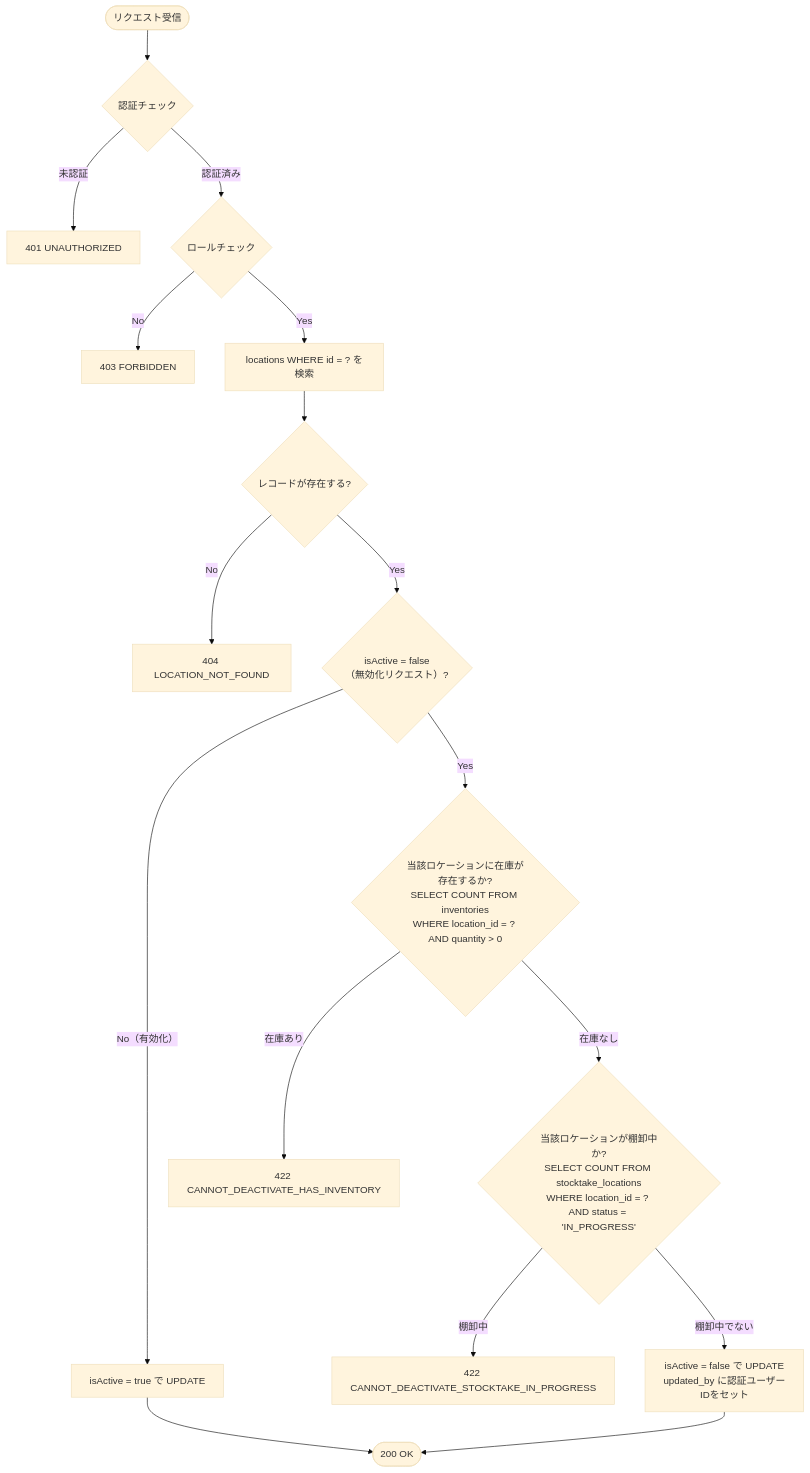
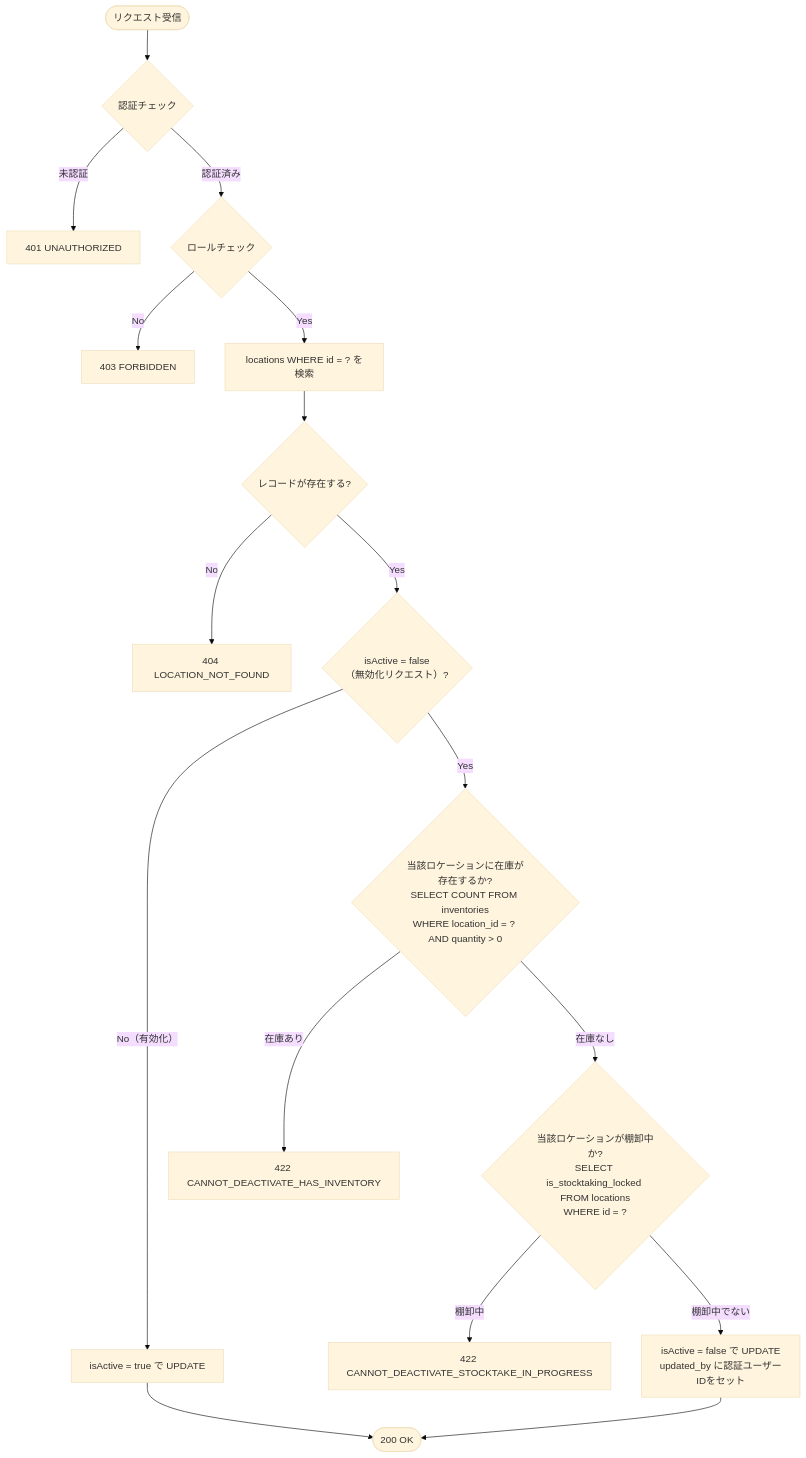
Before and after one commit to hidefumiagata/wms: diagram 21 of 21 in docs/functional-design/API-02-master-facility.md, drawn with Mermaid (base theme). The commit also changed other lines of this file, not shown here.

First line of the commit message:
docs: #448 ロケーション無効化フローを is_stocktaking_locked 参照に更新 / Update location deactivation flow to reference is_stocktaking_locked

````diff
--- a/docs/functional-design/API-02-master-facility.md
+++ b/docs/functional-design/API-02-master-facility.md
@@ -2003,19 +2003,19 @@
 ```mermaid
 flowchart TD
     A([リクエスト受信]) --> B{認証チェック}
     B -- 未認証 --> B1[401 UNAUTHORIZED]
     B -- 認証済み --> C{ロールチェック}
     C -- No --> C1[403 FORBIDDEN]
     C -- Yes --> D[locations WHERE id = ? を検索]
     D --> E{レコードが存在する?}
     E -- No --> E1[404 LOCATION_NOT_FOUND]
     E -- Yes --> F{isActive = false\n（無効化リクエスト）?}
     F -- No（有効化） --> G[isActive = true で UPDATE]
     G --> Z([200 OK])
     F -- Yes --> H{当該ロケーションに在庫が存在するか?\nSELECT COUNT FROM inventories\nWHERE location_id = ? AND quantity > 0}
     H -- 在庫あり --> H1[422 CANNOT_DEACTIVATE_HAS_INVENTORY]
-    H -- 在庫なし --> I{当該ロケーションが棚卸中か?\nSELECT COUNT FROM stocktake_locations\nWHERE location_id = ? AND status = 'IN_PROGRESS'}
+    H -- 在庫なし --> I{当該ロケーションが棚卸中か?\nSELECT is_stocktaking_locked FROM locations\nWHERE id = ?}
     I -- 棚卸中 --> I1[422 CANNOT_DEACTIVATE_STOCKTAKE_IN_PROGRESS]
     I -- 棚卸中でない --> J[isActive = false で UPDATE\nupdated_by に認証ユーザーIDをセット]
     J --> Z
 ```
````
